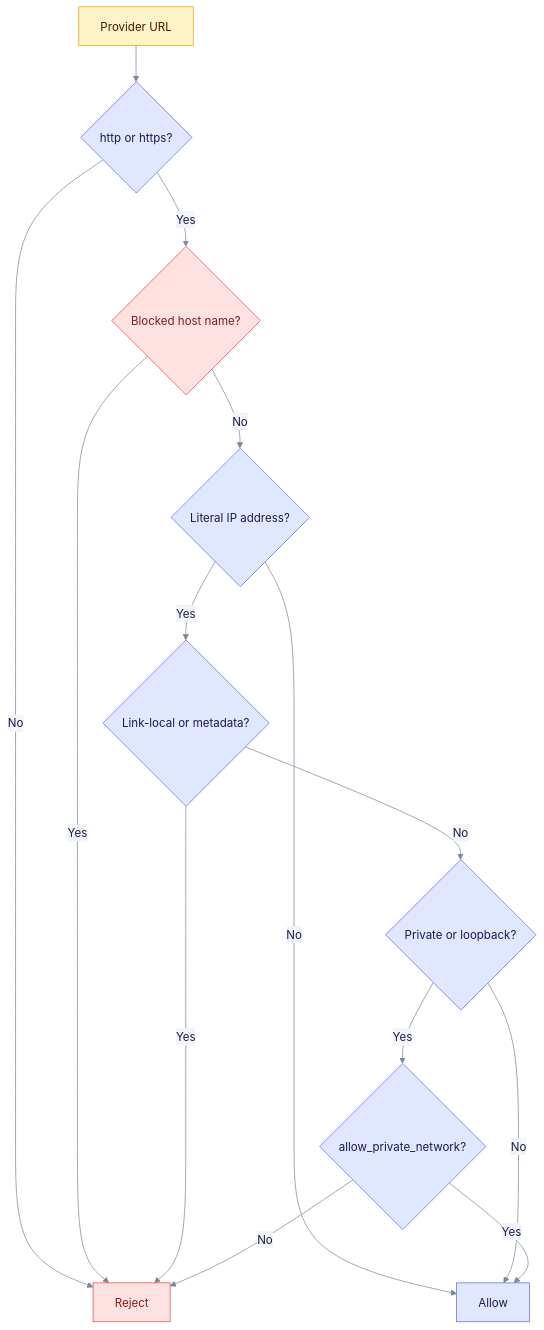
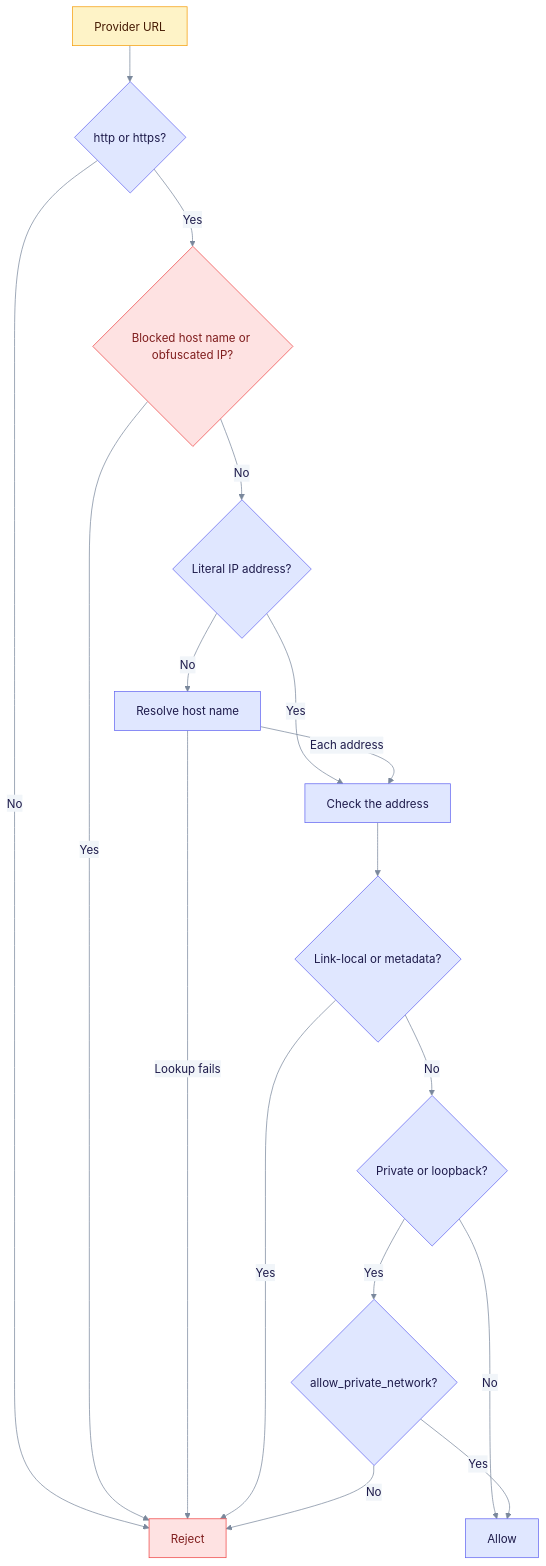
The third of 5 diagrams in docs/security/best-practices.md (raphaelmansuy/edgequake), drawn with Mermaid before and after one commit. The commit also changed other lines of this file and 194 other files, not shown here.

First line of the commit message:
Refresh docs against code and rebuild schema E/R as progressive steps

````diff
--- a/docs/security/best-practices.md
+++ b/docs/security/best-practices.md
@@ -131,23 +137,26 @@
 ```mermaid
 %%{init: {"theme":"base","themeVariables":{"primaryColor":"#E0E7FF","primaryBorderColor":"#6366F1","primaryTextColor":"#1E1B4B","secondaryColor":"#D1FAE5","secondaryBorderColor":"#10B981","secondaryTextColor":"#064E3B","tertiaryColor":"#FEF3C7","tertiaryBorderColor":"#F59E0B","tertiaryTextColor":"#6B7A90","lineColor":"#7A889C","clusterBkg":"rgba(99,102,241,0.07)","clusterBorder":"#A5B4FC","noteBkgColor":"#FEF9C3","noteTextColor":"#422006","textColor":"#6B7A90","titleColor":"#6B7A90","signalColor":"#7A889C","signalTextColor":"#6B7A90","loopTextColor":"#6B7A90","edgeLabelBackground":"#F1F5F9","actorLineColor":"#94A3B8"}}}%%
 %% eq-theme:v1
 flowchart TD
   A["Provider URL"] --> B{"http or https?"}
   B -- "No" --> X["Reject"]
-  B -- "Yes" --> C{"Blocked host name?"}
+  B -- "Yes" --> C{"Blocked host name or obfuscated IP?"}
   C -- "Yes" --> X
   C -- "No" --> D{"Literal IP address?"}
-  D -- "No" --> OK["Allow"]
-  D -- "Yes" --> E{"Link-local or metadata?"}
-  E -- "Yes" --> X
-  E -- "No" --> F{"Private or loopback?"}
-  F -- "No" --> OK
-  F -- "Yes" --> G{"allow_private_network?"}
-  G -- "Yes" --> OK
-  G -- "No" --> X
+  D -- "Yes" --> E["Check the address"]
+  D -- "No" --> R["Resolve host name"]
+  R -- "Lookup fails" --> X
+  R -- "Each address" --> E
+  E --> F{"Link-local or metadata?"}
+  F -- "Yes" --> X
+  F -- "No" --> G{"Private or loopback?"}
+  G -- "No" --> OK["Allow"]
+  G -- "Yes" --> H{"allow_private_network?"}
+  H -- "Yes" --> OK
+  H -- "No" --> X
 %% eq-classes
 classDef eqLlm fill:#FEF3C7,stroke:#F59E0B,color:#451A03
 classDef eqBad fill:#FEE2E2,stroke:#EF4444,color:#7F1D1D
 class A eqLlm
 class X,C eqBad
 ```
````
